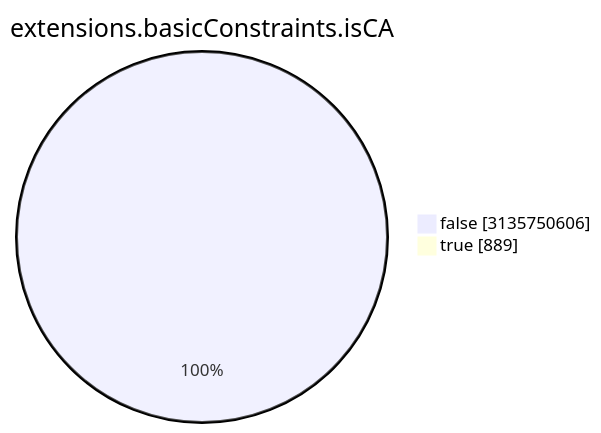
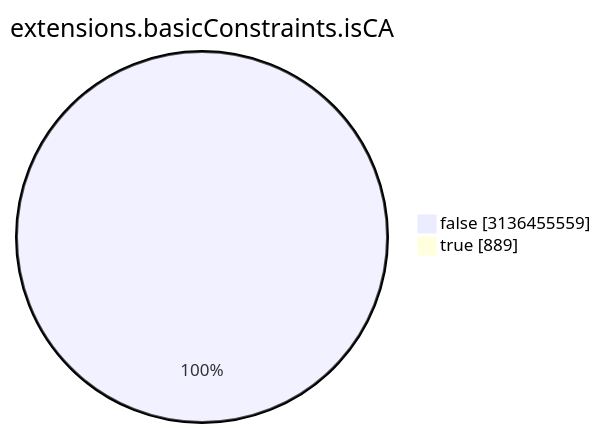
Before and after one commit to christiankrug/ctmonitor_visualization: the seventh of 15 diagrams in TOTAL/README.md, drawn with Mermaid. The commit also changed other lines of this file, not shown here.

````diff
--- a/TOTAL/README.md
+++ b/TOTAL/README.md
@@ -3088,6 +3088,6 @@
 ```mermaid
 pie showData
 title extensions.basicConstraints.isCA
-"false" :3135750606
+"false" :3136455559
 "true" :889
 ```
````
